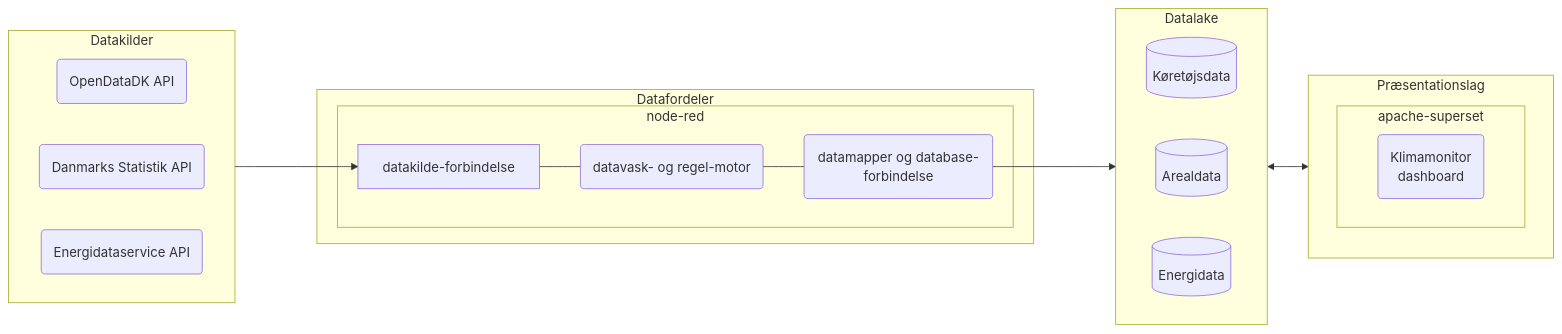
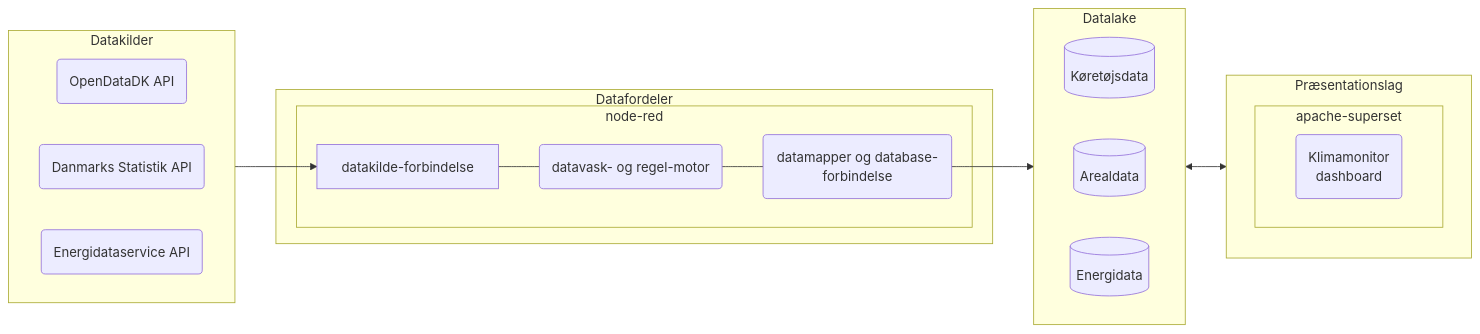
The diagram in README.md (Randers-Kommune-Digitalisering/vis-klimadata-initiativer-aktiviteter), drawn with Mermaid before and after one commit.

````diff
--- a/README.md
+++ b/README.md
@@ -5,37 +5,37 @@
 ```mermaid
 
 flowchart LR
 
 subgraph Datakilder
         direction LR
         ODDKAPI(OpenDataDK API)
         DSTAPI(Danmarks Statistik API)
         EDDK(Energidataservice API)
 end
 
 subgraph Datafordeler
         subgraph node-red
                 datakilde-forbindelse---
                 RM(datavask- og regel-motor)---
                 DM(datamapper og database-forbindelse)
         end
 end
 
 subgraph Datalake
 direction LR
 DB1[(Køretøjsdata)]
 DB2[(Arealdata)]
 DB3[(Energidata)]
 end
 
 
 subgraph Præsentationslag
         subgraph apache-superset
         dash(Klimamonitor \n dashboard)
         end
 end
 
-Datakilder--->datakilde-forbindelse 
-DM--->Datalake<-->Præsentationslag
+Datakilder-->datakilde-forbindelse 
+DM-->Datalake<-->Præsentationslag
     
 ```
````
